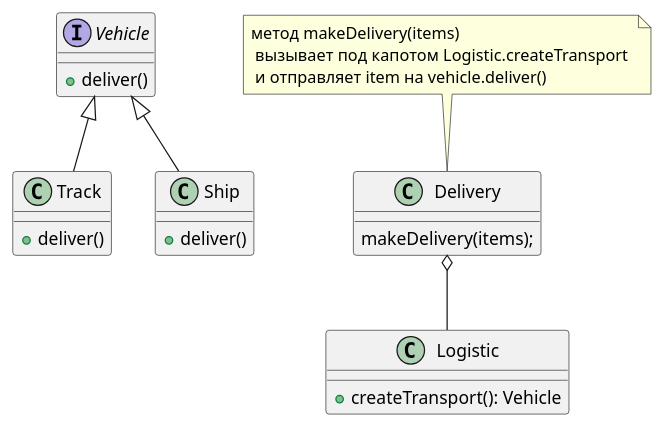
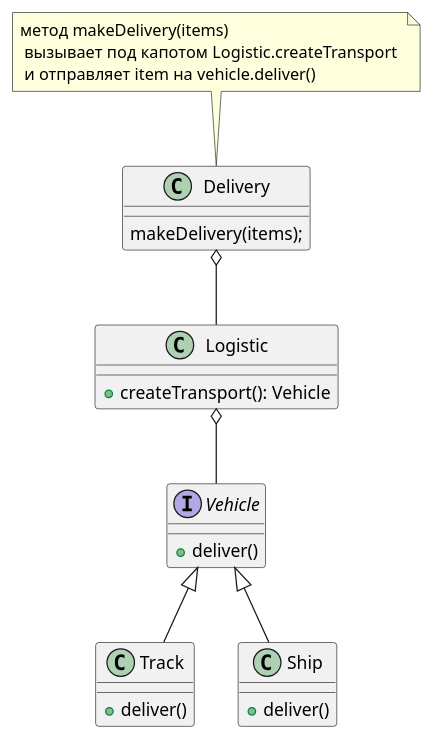
The diagram in 01-fabric-method/doc/fabric-method.puml (awesome-enterprise/typescript-patterns), drawn with PlantUML before and after one commit. The commit also changed 2 other files, not shown here.

Commit message:
uml img added

```diff
--- a/01-fabric-method/doc/fabric-method.puml
+++ b/01-fabric-method/doc/fabric-method.puml
@@ -1,28 +1,28 @@
 @startuml
 interface   Vehicle {
   +deliver()
 }
 
 class Track {
     +deliver()
 }
 
 class Ship {
     +deliver()
 }
 
 class Logistic {
   +createTransport(): Vehicle
 }
 
 class Delivery {
     makeDelivery(items);
 }
 note top of Delivery : метод makeDelivery(items) \n вызывает под капотом Logistic.createTransport \n и отправляет item на vehicle.deliver()
 Delivery o-- Logistic
-
+Logistic o-- Vehicle
 Vehicle ^-- Track
 Vehicle ^-- Ship
 
 
 @enduml
```
